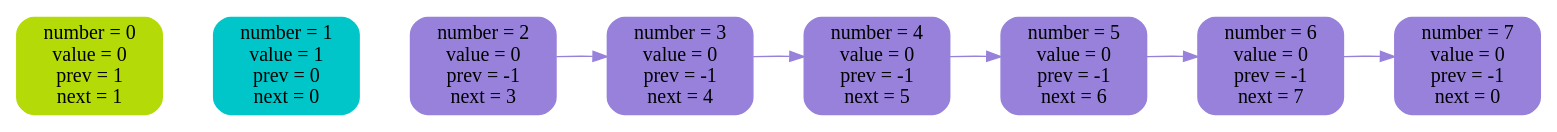
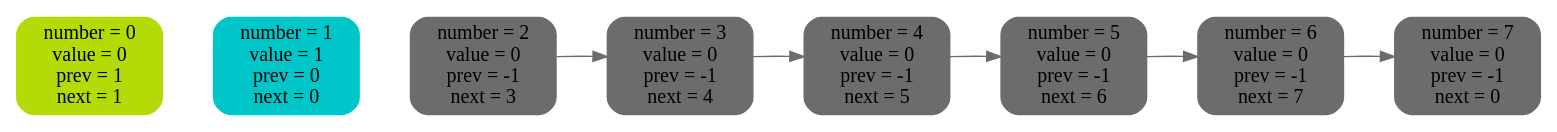
The diagram in list_log/img/2.dot (2210223t-lang/2-linked-list), drawn with Graphviz before and after one commit. The commit also changed 20 other files, not shown here.

```diff
--- a/list_log/img/2.dot
+++ b/list_log/img/2.dot
@@ -1,23 +1,23 @@
 digraph {
 rankdir = LR
 n0 [ label = "number = 0\nvalue = 0\nprev = 1\nnext = 1", shape = Mrecord, fontsize = 14,style = filled, color = "#b4da08" ]
 n1 [ label = "number = 1\nvalue = 1\nprev = 0\nnext = 0", shape = Mrecord, fontsize = 14,style = filled, color = "#00c6c9" ]
-n2 [ label = "number = 2\nvalue = 0\nprev = -1\nnext = 3", shape = Mrecord, fontsize = 14,style = filled, color = "#9781db" ]
-n3 [ label = "number = 3\nvalue = 0\nprev = -1\nnext = 4", shape = Mrecord, fontsize = 14,style = filled, color = "#9781db" ]
-n4 [ label = "number = 4\nvalue = 0\nprev = -1\nnext = 5", shape = Mrecord, fontsize = 14,style = filled, color = "#9781db" ]
-n5 [ label = "number = 5\nvalue = 0\nprev = -1\nnext = 6", shape = Mrecord, fontsize = 14,style = filled, color = "#9781db" ]
-n6 [ label = "number = 6\nvalue = 0\nprev = -1\nnext = 7", shape = Mrecord, fontsize = 14,style = filled, color = "#9781db" ]
-n7 [ label = "number = 7\nvalue = 0\nprev = -1\nnext = 0", shape = Mrecord, fontsize = 14,style = filled, color = "#9781db" ]
-n0 -> n1 [ style = invis, weight = 100 ]
-n1 -> n2 [ style = invis, weight = 100 ]
-n2 -> n3 [ style = invis, weight = 100 ]
-n3 -> n4 [ style = invis, weight = 100 ]
-n4 -> n5 [ style = invis, weight = 100 ]
-n5 -> n6 [ style = invis, weight = 100 ]
-n6 -> n7 [ style = invis, weight = 100 ]
-n2 -> n3 [style = filled, color = "#9781db" ]
-n3 -> n4 [style = filled, color = "#9781db" ]
-n4 -> n5 [style = filled, color = "#9781db" ]
-n5 -> n6 [style = filled, color = "#9781db" ]
-n6 -> n7 [style = filled, color = "#9781db" ]
+n2 [ label = "number = 2\nvalue = 0\nprev = -1\nnext = 3", shape = Mrecord, fontsize = 14,style = filled, color = "#6c6c6c" ]
+n3 [ label = "number = 3\nvalue = 0\nprev = -1\nnext = 4", shape = Mrecord, fontsize = 14,style = filled, color = "#6c6c6c" ]
+n4 [ label = "number = 4\nvalue = 0\nprev = -1\nnext = 5", shape = Mrecord, fontsize = 14,style = filled, color = "#6c6c6c" ]
+n5 [ label = "number = 5\nvalue = 0\nprev = -1\nnext = 6", shape = Mrecord, fontsize = 14,style = filled, color = "#6c6c6c" ]
+n6 [ label = "number = 6\nvalue = 0\nprev = -1\nnext = 7", shape = Mrecord, fontsize = 14,style = filled, color = "#6c6c6c" ]
+n7 [ label = "number = 7\nvalue = 0\nprev = -1\nnext = 0", shape = Mrecord, fontsize = 14,style = filled, color = "#6c6c6c" ]
+n0 -> n1 [ style = invis, weight = 10000 ]
+n1 -> n2 [ style = invis, weight = 10000 ]
+n2 -> n3 [ style = invis, weight = 10000 ]
+n3 -> n4 [ style = invis, weight = 10000 ]
+n4 -> n5 [ style = invis, weight = 10000 ]
+n5 -> n6 [ style = invis, weight = 10000 ]
+n6 -> n7 [ style = invis, weight = 10000 ]
+n2 -> n3 [ style = filled, color = "#6c6c6c" ]
+n3 -> n4 [ style = filled, color = "#6c6c6c" ]
+n4 -> n5 [ style = filled, color = "#6c6c6c" ]
+n5 -> n6 [ style = filled, color = "#6c6c6c" ]
+n6 -> n7 [ style = filled, color = "#6c6c6c" ]
 }
```
